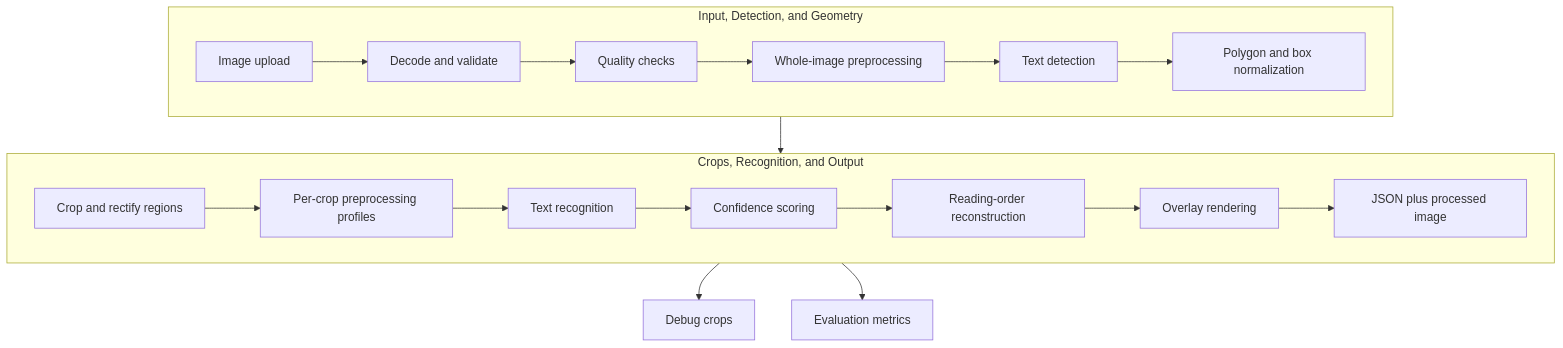
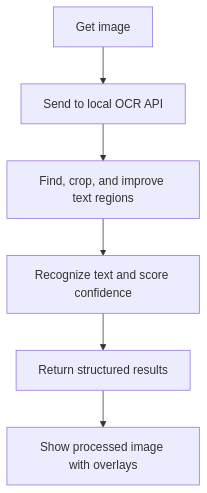
Before and after one commit to TomiHeikkinen96/OCR-API-Lab: the diagram in README.md, drawn with Mermaid. The commit also changed 2 other files, not shown here.

Commit message:
Updated graphs and added PLAN.md and AGENTS.md

````diff
--- a/README.md
+++ b/README.md
@@ -15,26 +15,8 @@
 ```mermaid
 flowchart TB
-    subgraph intake["Input, Detection, and Geometry"]
-        direction LR
-        A["Image upload"] --> B["Decode and validate"]
-        B --> C["Quality checks"]
-        C --> D["Whole-image preprocessing"]
-        D --> E["Text detection"]
-        E --> F["Polygon and box normalization"]
-    end
-
-    F --> G["Crop and rectify regions"]
-
-    subgraph recognition["Crops, Recognition, and Output"]
-        direction LR
-        G --> H["Per-crop preprocessing profiles"]
-        H --> I["Text recognition"]
-        I --> J["Confidence scoring"]
-        J --> K["Reading-order reconstruction"]
-        K --> L["Overlay rendering"]
-        L --> M["JSON plus processed image"]
-    end
-
-    H --> N["Debug crops"]
-    J --> O["Evaluation metrics"]
+    A["Get image"] --> B["Send to local OCR API"]
+    B --> C["Find, crop, and improve text regions"]
+    C --> D["Recognize text and score confidence"]
+    D --> E["Return structured results"]
+    E --> F["Show processed image with overlays"]
 ```
````
